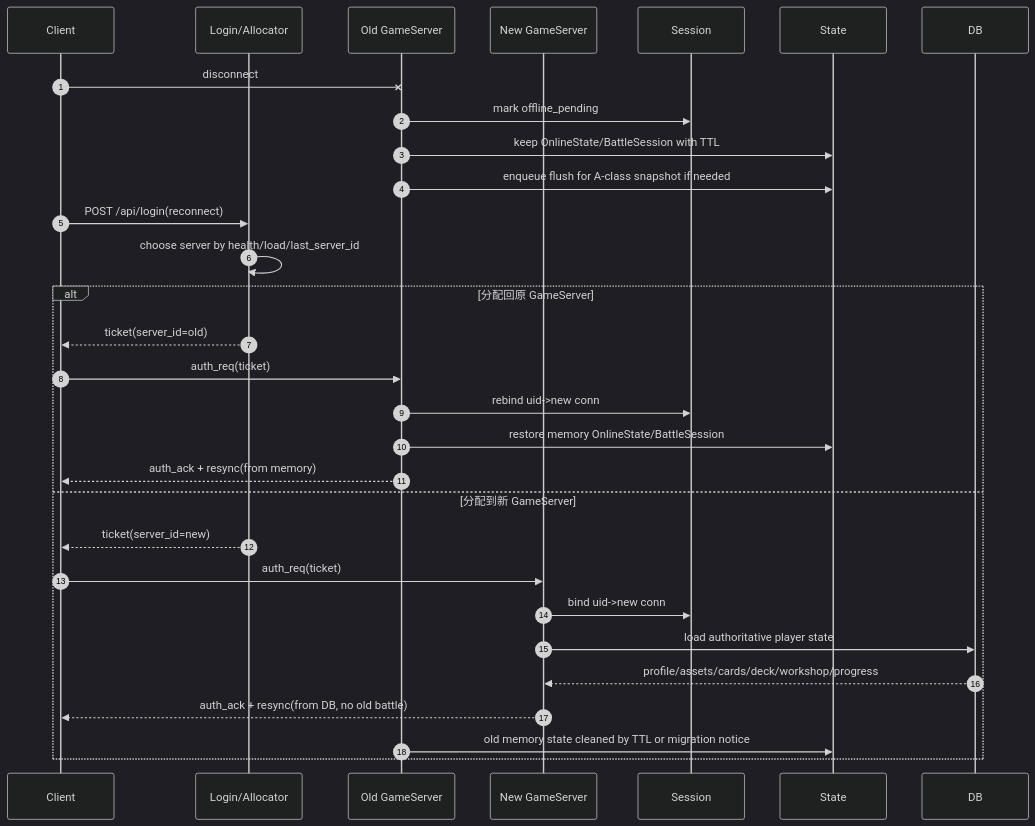
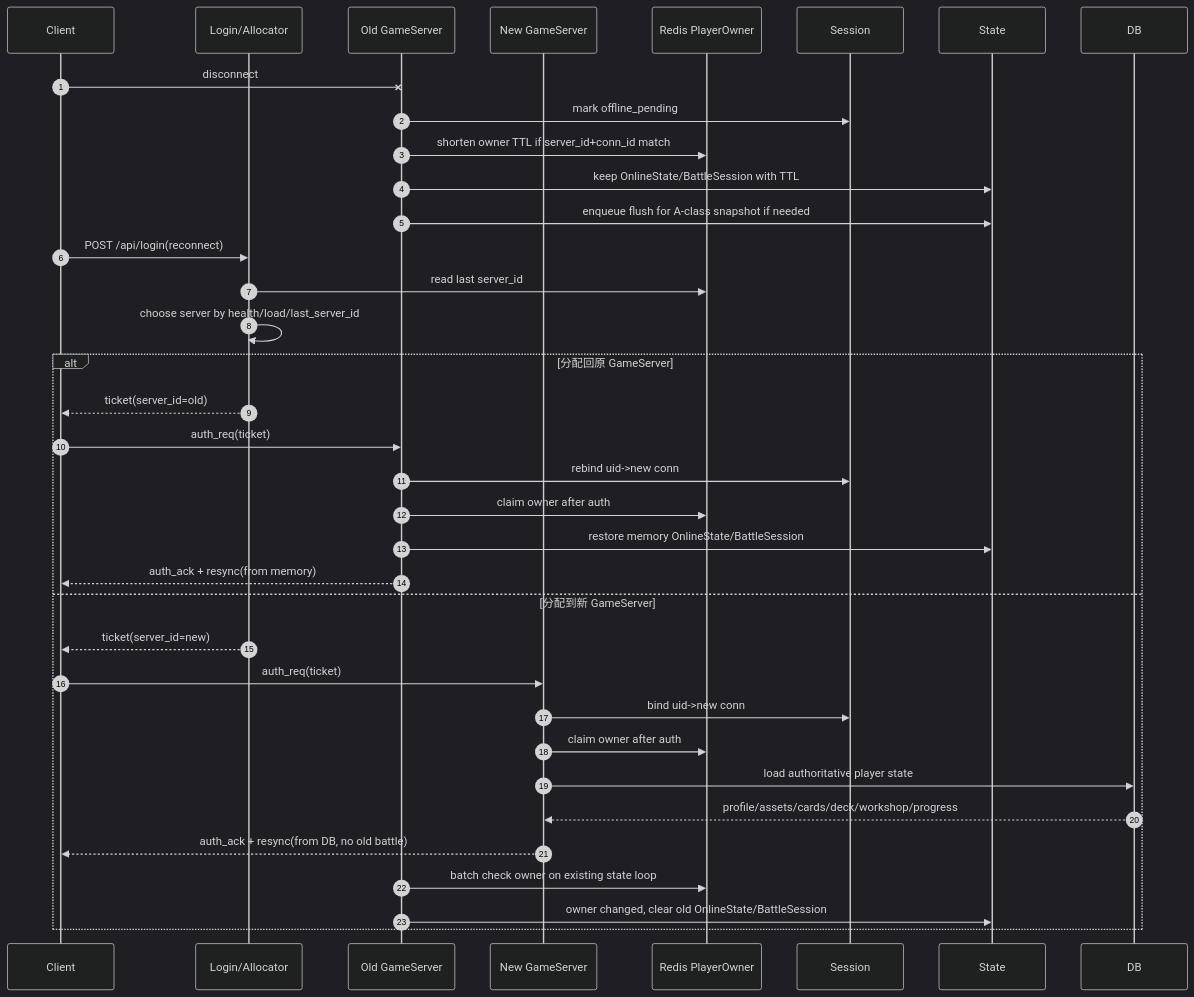
Before and after one commit to shaligg/cardgo-server: the fifth of 7 diagrams in backend_technical_architecture.md, drawn with Mermaid (dark theme). The commit also changed other lines of this file and 67 other files, not shown here.

````diff
--- a/backend_technical_architecture.md
+++ b/backend_technical_architecture.md
@@ -2244,35 +2315,41 @@
 ```mermaid
 sequenceDiagram
     autonumber
     participant C as Client
     participant L as Login/Allocator
     participant OG as Old GameServer
     participant NG as New GameServer
+    participant R as Redis PlayerOwner
     participant S as Session
     participant ST as State
     participant DB as DB
 
     C-xOG: disconnect
     OG->>S: mark offline_pending
+    OG->>R: shorten owner TTL if server_id+conn_id match
     OG->>ST: keep OnlineState/BattleSession with TTL
     OG->>ST: enqueue flush for A-class snapshot if needed
 
     C->>L: POST /api/login(reconnect)
+    L->>R: read last server_id
     L->>L: choose server by health/load/last_server_id
 
     alt 分配回原 GameServer
         L-->>C: ticket(server_id=old)
         C->>OG: auth_req(ticket)
         OG->>S: rebind uid->new conn
+        OG->>R: claim owner after auth
         OG->>ST: restore memory OnlineState/BattleSession
         OG-->>C: auth_ack + resync(from memory)
     else 分配到新 GameServer
         L-->>C: ticket(server_id=new)
         C->>NG: auth_req(ticket)
         NG->>S: bind uid->new conn
+        NG->>R: claim owner after auth
         NG->>DB: load authoritative player state
         DB-->>NG: profile/assets/cards/deck/workshop/progress
         NG-->>C: auth_ack + resync(from DB, no old battle)
-        OG->>ST: old memory state cleaned by TTL or migration notice
+        OG->>R: batch check owner on existing state loop
+        OG->>ST: owner changed, clear old OnlineState/BattleSession
     end
 ```
````
